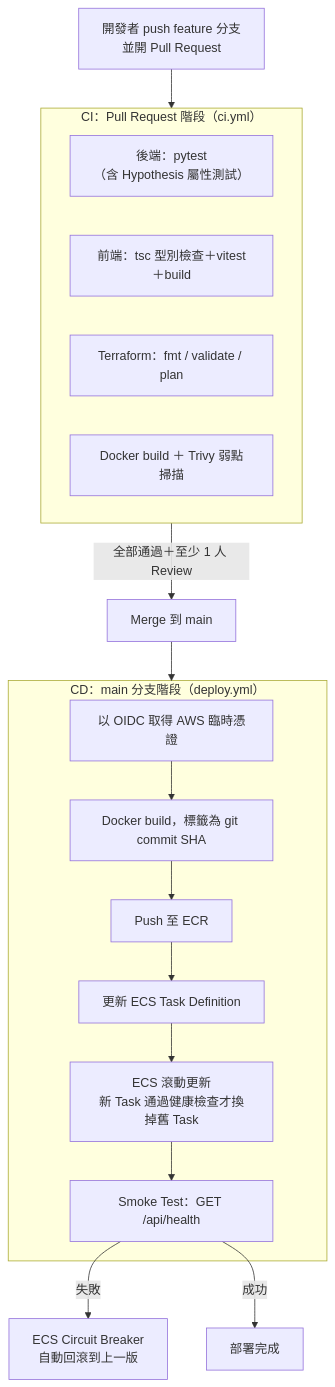
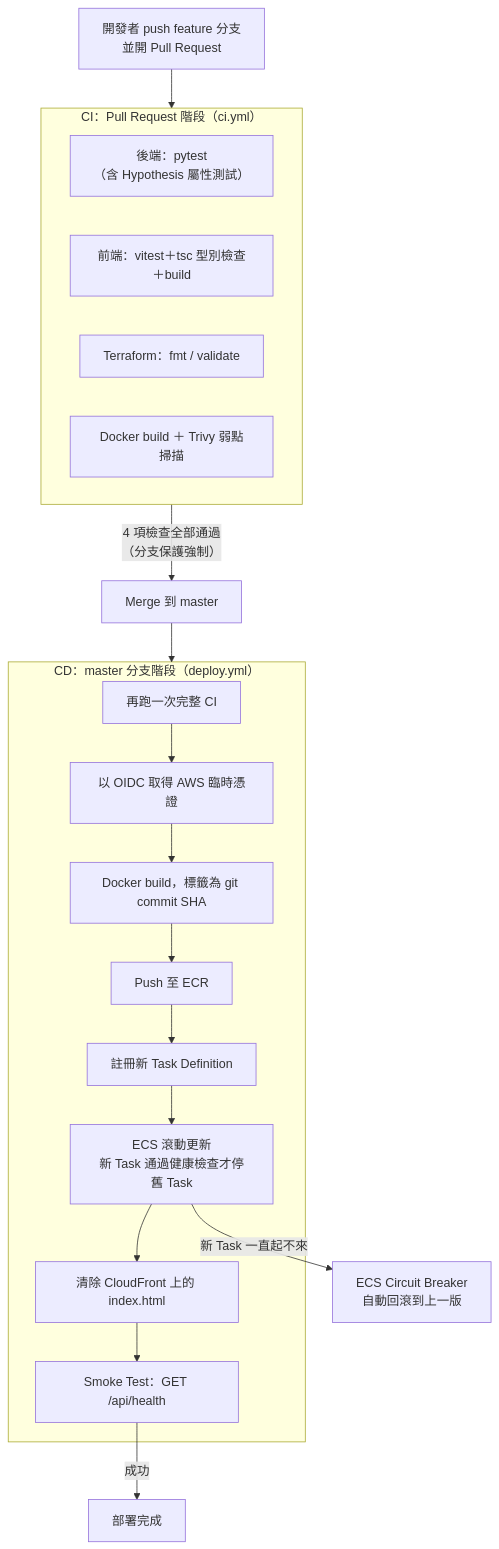
The third of 4 diagrams in docs/cloud-architecture.md (lhy4290/HackRail-TransferPlatform), drawn with Mermaid before and after one commit. The commit also changed other lines of this file and 3 other files, not shown here.

First line of the commit message:
docs: align architecture doc with what was actually deployed

````diff
--- a/docs/cloud-architecture.md
+++ b/docs/cloud-architecture.md
@@ -169,27 +183,29 @@
 ```mermaid
 flowchart TD
     dev["開發者 push feature 分支<br/>並開 Pull Request"] --> ci
 
     subgraph ci["CI：Pull Request 階段（ci.yml）"]
         b1["後端：pytest<br/>（含 Hypothesis 屬性測試）"]
-        f1["前端：tsc 型別檢查＋vitest＋build"]
-        t1["Terraform：fmt / validate / plan"]
+        f1["前端：vitest＋tsc 型別檢查＋build"]
+        t1["Terraform：fmt / validate"]
         s1["Docker build ＋ Trivy 弱點掃描"]
     end
 
-    ci -->|全部通過＋至少 1 人 Review| merge["Merge 到 main"]
+    ci -->|"4 項檢查全部通過<br/>（分支保護強制）"| merge["Merge 到 master"]
     merge --> cd
 
-    subgraph cd["CD：main 分支階段（deploy.yml）"]
+    subgraph cd["CD：master 分支階段（deploy.yml）"]
+        c0["再跑一次完整 CI"]
         c1["以 OIDC 取得 AWS 臨時憑證"]
         c2["Docker build，標籤為 git commit SHA"]
         c3["Push 至 ECR"]
-        c4["更新 ECS Task Definition"]
-        c5["ECS 滾動更新<br/>新 Task 通過健康檢查才換掉舊 Task"]
-        c6["Smoke Test：GET /api/health"]
-        c1 --> c2 --> c3 --> c4 --> c5 --> c6
+        c4["註冊新 Task Definition"]
+        c5["ECS 滾動更新<br/>新 Task 通過健康檢查才停舊 Task"]
+        c6["清除 CloudFront 上的 index.html"]
+        c7["Smoke Test：GET /api/health"]
+        c0 --> c1 --> c2 --> c3 --> c4 --> c5 --> c6 --> c7
     end
 
-    c6 -->|失敗| rb["ECS Circuit Breaker<br/>自動回滾到上一版"]
-    c6 -->|成功| done["部署完成"]
+    c5 -->|新 Task 一直起不來| rb["ECS Circuit Breaker<br/>自動回滾到上一版"]
+    c7 -->|成功| done["部署完成"]
 ```
````
